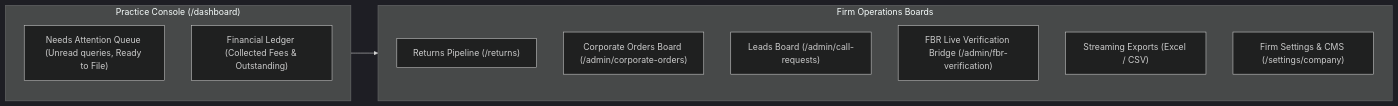
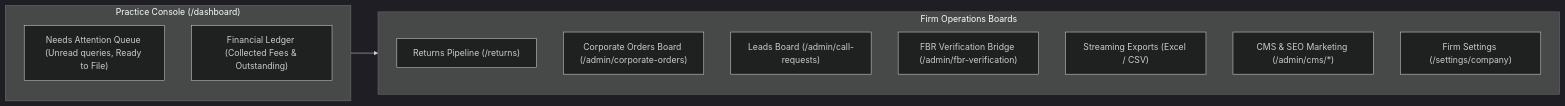
Before and after one commit to mouz313/Taxflilling: the seventh of 9 diagrams in APPLICATION_FLOW.md, drawn with Mermaid (dark theme). The commit also changed other lines of this file and 14 other files, not shown here.

````diff
--- a/APPLICATION_FLOW.md
+++ b/APPLICATION_FLOW.md
@@ -270,18 +316,19 @@
 ```mermaid
 flowchart LR
     subgraph FirmConsole["Practice Console (/dashboard)"]
         Attn["Needs Attention Queue (Unread queries, Ready to File)"]
         Finances["Financial Ledger (Collected Fees & Outstanding)"]
     end
 
     subgraph Operations["Firm Operations Boards"]
         Pipeline["Returns Pipeline (/returns)"]
         Orders["Corporate Orders Board (/admin/corporate-orders)"]
         Leads["Leads Board (/admin/call-requests)"]
-        FBR["FBR Live Verification Bridge (/admin/fbr-verification)"]
+        FBR["FBR Verification Bridge (/admin/fbr-verification)"]
         Export["Streaming Exports (Excel / CSV)"]
-        Settings["Firm Settings & CMS (/settings/company)"]
+        CMS["CMS & SEO Marketing (/admin/cms/*)"]
+        Settings["Firm Settings (/settings/company)"]
     end
 
     FirmConsole --> Operations
 ```
````
